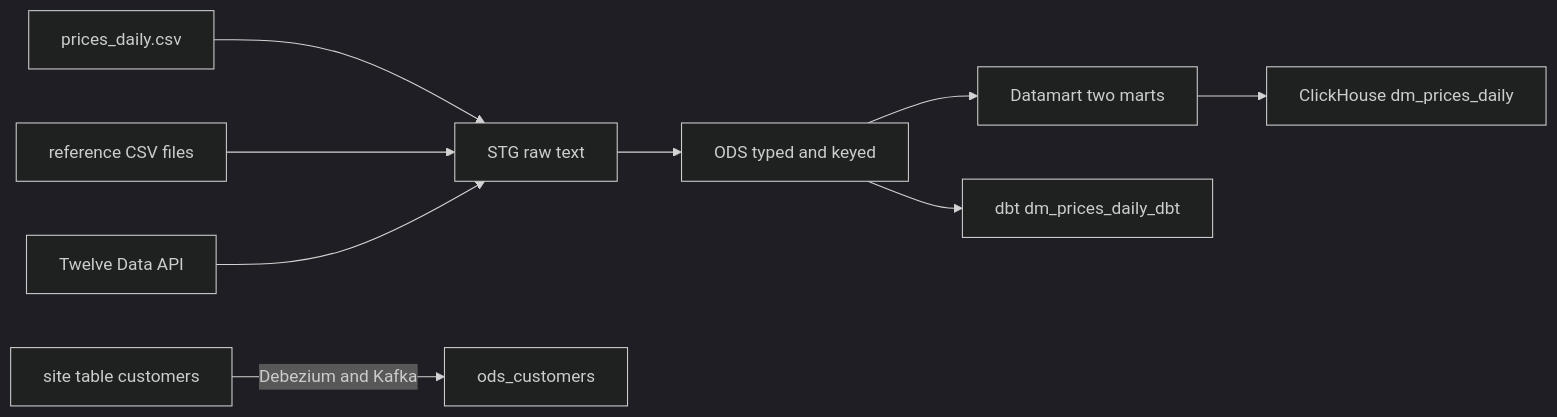
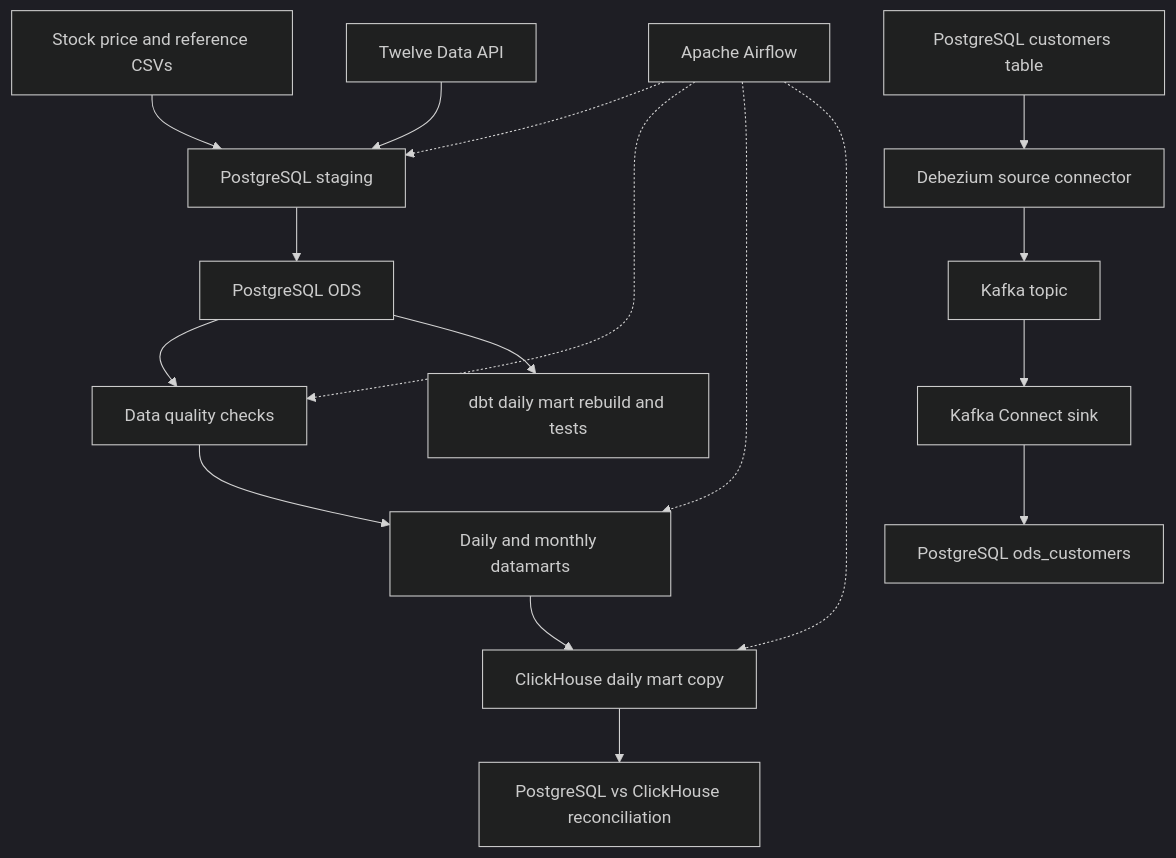
Before and after one commit to Aisha08032009/stock-market-data-engineering-pipeline: the diagram in README.md, drawn with Mermaid (dark theme).

````diff
--- a/README.md
+++ b/README.md
@@ -9,11 +9,21 @@
 ```mermaid
-flowchart LR
-    P[prices_daily.csv] --> S[STG raw text]
-    R[reference CSV files] --> S
-    A[Twelve Data API] --> S
-    S --> O[ODS typed and keyed]
-    O --> M[Datamart two marts]
-    M --> C[ClickHouse dm_prices_daily]
-    O --> D[dbt dm_prices_daily_dbt]
-    W[site table customers] -->|Debezium and Kafka| OC[ods_customers]
+flowchart TD
+    CSV[Stock price and reference CSVs] --> STG[PostgreSQL staging]
+    API[Twelve Data API] --> STG
+    STG --> ODS[PostgreSQL ODS]
+    ODS --> DQ[Data quality checks]
+    DQ --> MART[Daily and monthly datamarts]
+    MART --> CH[ClickHouse daily mart copy]
+    CH --> RECON[PostgreSQL vs ClickHouse reconciliation]
+    ODS --> DBT[dbt daily mart rebuild and tests]
+
+    SRC[PostgreSQL customers table] --> DEB[Debezium source connector]
+    DEB --> KAFKA[Kafka topic]
+    KAFKA --> SINK[Kafka Connect sink]
+    SINK --> TARGET[PostgreSQL ods_customers]
+
+    AIR[Apache Airflow] -.-> STG
+    AIR -.-> DQ
+    AIR -.-> MART
+    AIR -.-> CH
 ```
````
